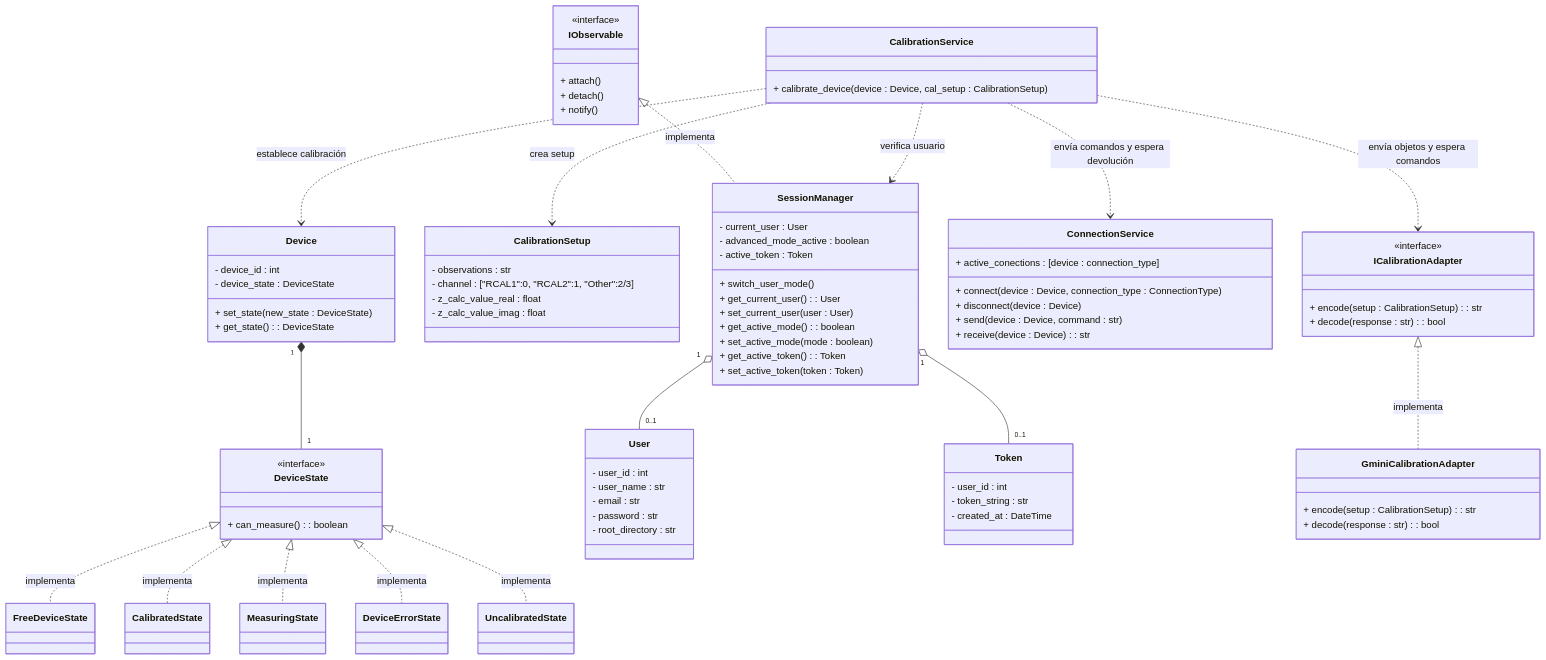
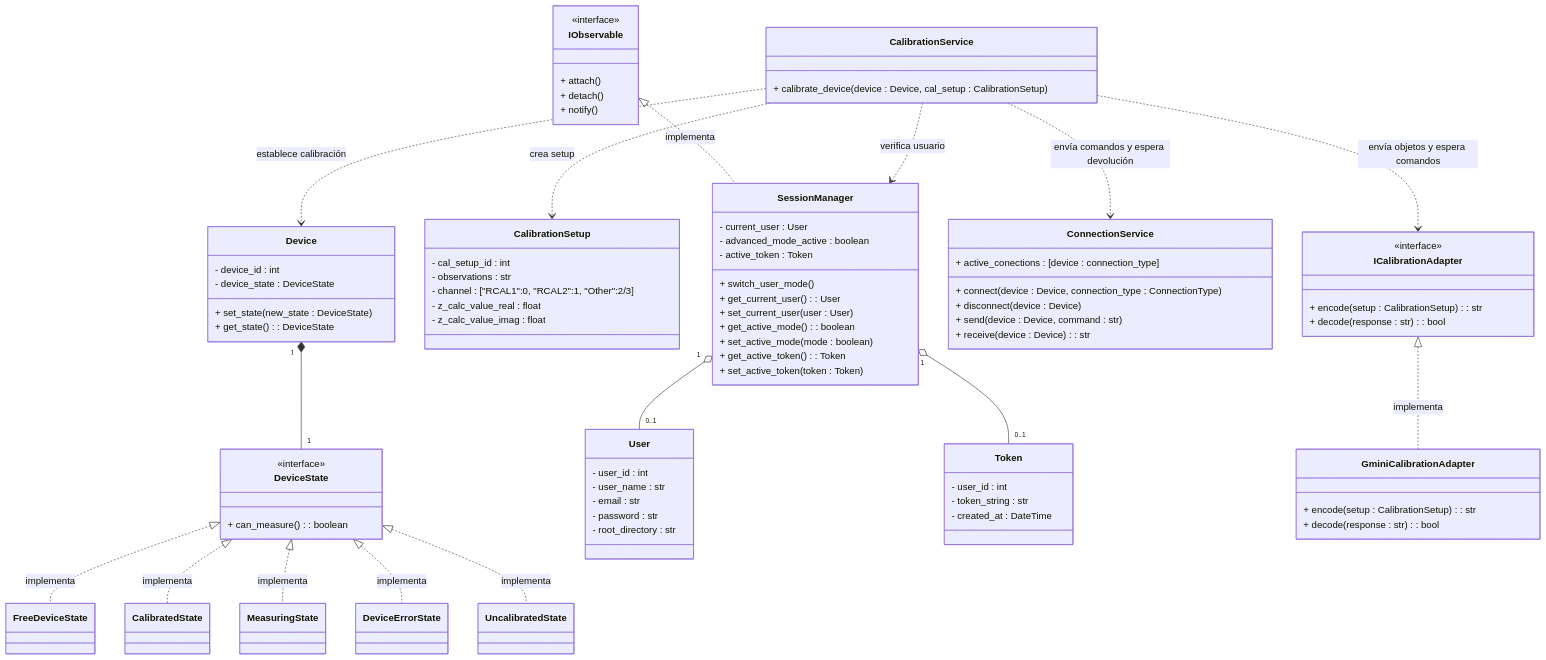
One commit to alegrelias/Repo-GMini changed diagram 12 of 15 in Gmini-MarkDown/Diagramas/Diagramas de Clases.md. Above: the diagram before and after it, drawn with Mermaid. The commit also changed other lines of this file, not shown here.

```diff
--- a/Gmini-MarkDown/Diagramas/Diagramas de Clases.md
+++ b/Gmini-MarkDown/Diagramas/Diagramas de Clases.md
@@ -874,6 +876,7 @@
 }
 
 class CalibrationSetup{
+	- cal_setup_id : int
 	- observations : str
 	- channel : ["RCAL1":0, "RCAL2":1, "Other":2/3]
 	- z_calc_value_real : float
```
